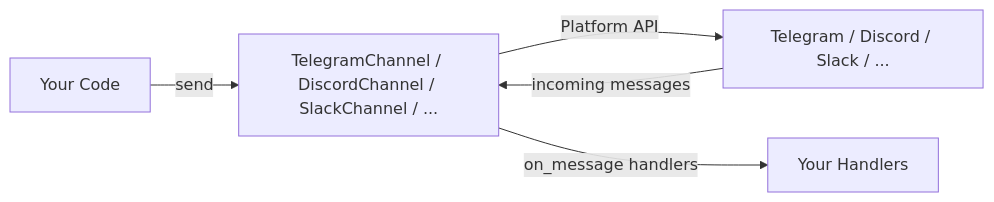
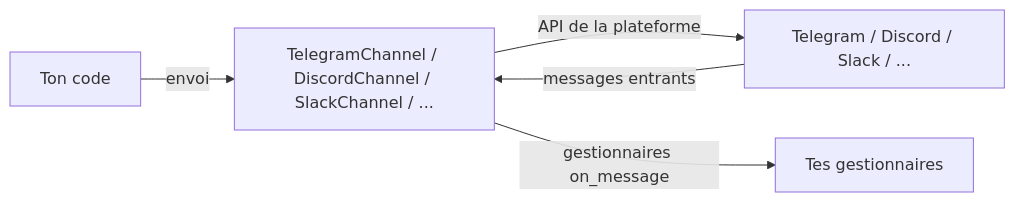
Before and after one commit to carlitoetienne01-spec/Diapason: the diagram in docs/user-guide/channels.md, drawn with Mermaid. The commit also changed other lines of this file and 257 other files, not shown here.

````diff
--- a/docs/user-guide/channels.md
+++ b/docs/user-guide/channels.md
@@ -14,7 +14,7 @@
 ```mermaid
 graph LR
-    A[Your Code] -->|send| B[TelegramChannel / DiscordChannel / SlackChannel / ...]
-    B -->|Platform API| C[Telegram / Discord / Slack / ...]
-    C -->|incoming messages| B
-    B -->|on_message handlers| D[Your Handlers]
+    A[Ton code] -->|envoi| B[TelegramChannel / DiscordChannel / SlackChannel / ...]
+    B -->|API de la plateforme| C[Telegram / Discord / Slack / ...]
+    C -->|messages entrants| B
+    B -->|gestionnaires on_message| D[Tes gestionnaires]
 ```
````
